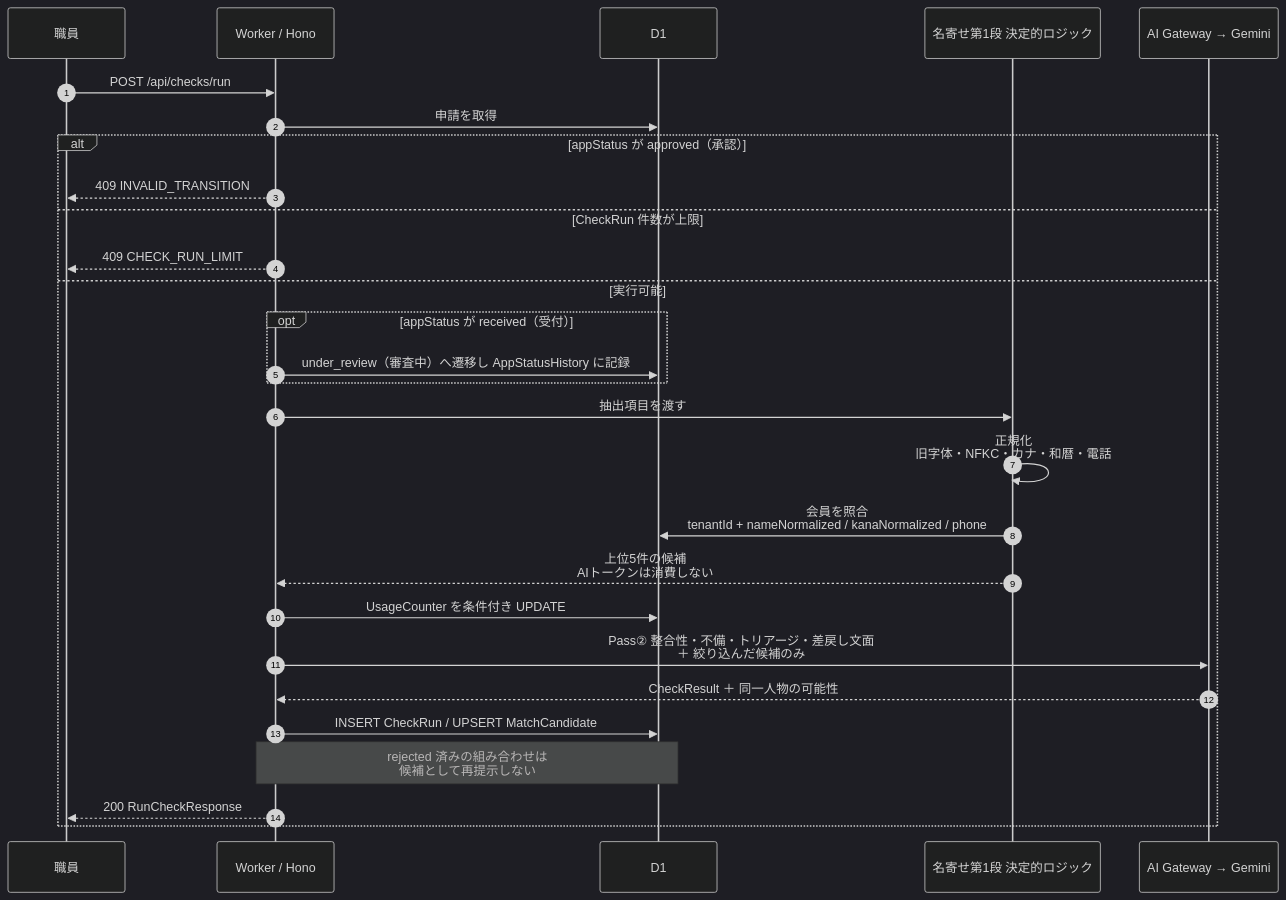
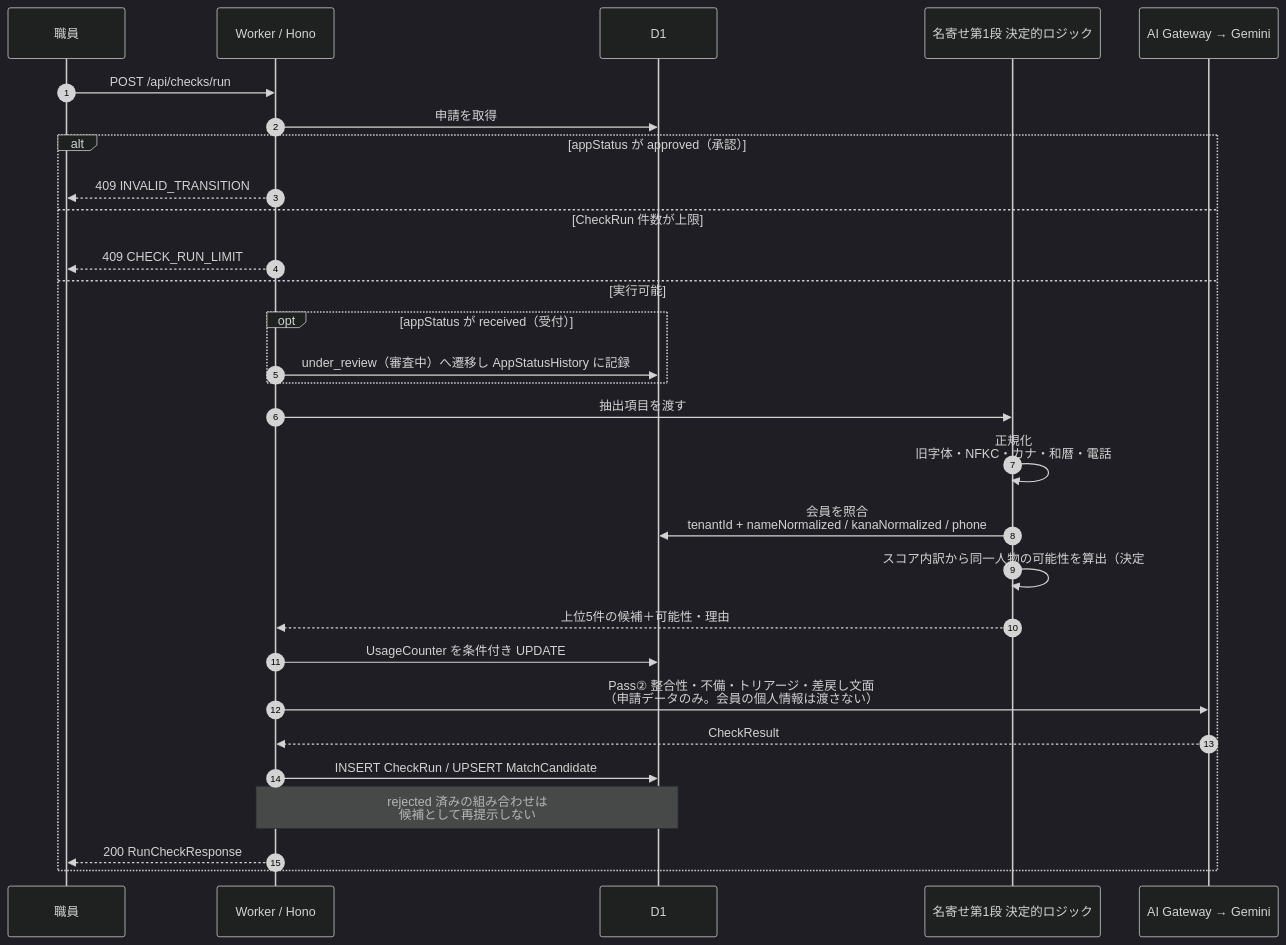
Before and after one commit to mizuho-jvit/ai-ocr-sample1: the third of 9 diagrams in knowledge/wiki/architecture/dataflow.md, drawn with Mermaid (dark theme). The commit also changed other lines of this file and 33 other files, not shown here.

````diff
--- a/knowledge/wiki/architecture/dataflow.md
+++ b/knowledge/wiki/architecture/dataflow.md
@@ -111,31 +111,32 @@
 ```mermaid
 sequenceDiagram
     autonumber
     participant U as 職員
     participant W as Worker / Hono
     participant D1 as D1
     participant N as 名寄せ第1段 決定的ロジック
     participant AI as AI Gateway → Gemini
 
     U->>W: POST /api/checks/run
     W->>D1: 申請を取得
     alt appStatus が approved（承認）
         W-->>U: 409 INVALID_TRANSITION
     else CheckRun 件数が上限
         W-->>U: 409 CHECK_RUN_LIMIT
     else 実行可能
         opt appStatus が received（受付）
             W->>D1: under_review（審査中）へ遷移し AppStatusHistory に記録
         end
         W->>N: 抽出項目を渡す
         N->>N: 正規化<br/>旧字体・NFKC・カナ・和暦・電話
         N->>D1: 会員を照合<br/>tenantId + nameNormalized / kanaNormalized / phone
-        N-->>W: 上位5件の候補<br/>AIトークンは消費しない
+        N->>N: スコア内訳から同一人物の可能性を算出（決定#27）<br/>AIトークンは消費しない
+        N-->>W: 上位5件の候補＋可能性・理由
         W->>D1: UsageCounter を条件付き UPDATE
-        W->>AI: Pass② 整合性・不備・トリアージ・差戻し文面<br/>＋ 絞り込んだ候補のみ
-        AI-->>W: CheckResult ＋ 同一人物の可能性
+        W->>AI: Pass② 整合性・不備・トリアージ・差戻し文面<br/>（申請データのみ。会員の個人情報は渡さない）
+        AI-->>W: CheckResult
         W->>D1: INSERT CheckRun / UPSERT MatchCandidate
         Note over W,D1: rejected 済みの組み合わせは<br/>候補として再提示しない
         W-->>U: 200 RunCheckResponse
     end
 ```
````
